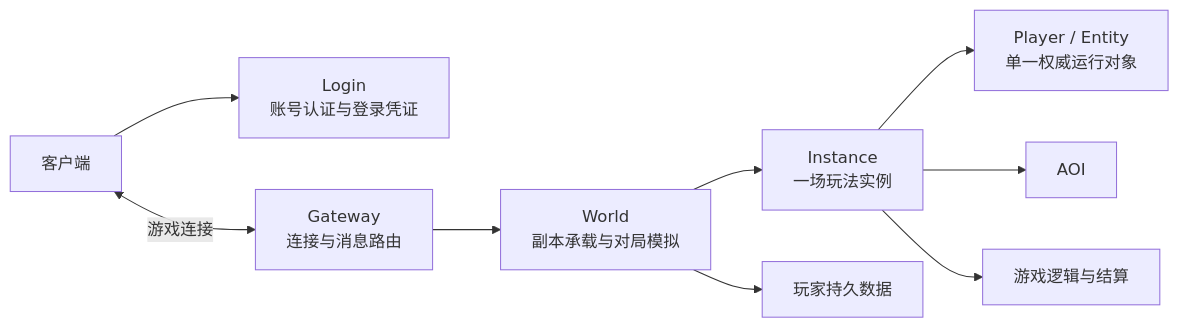
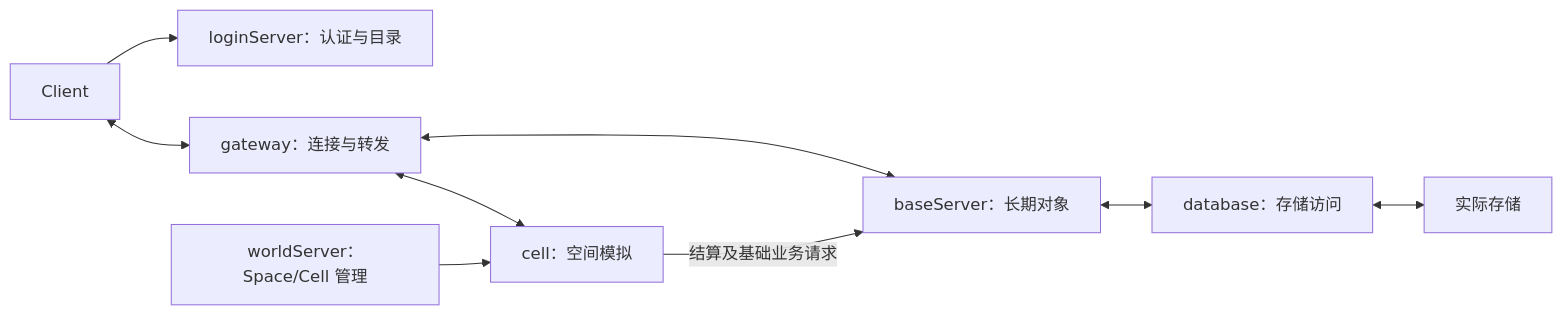
Before and after one commit to cuihairu/apollo: the diagram in docs/guide/architecture.md, drawn with Mermaid. The commit also changed other lines of this file and 86 other files, not shown here.

````diff
--- a/docs/guide/architecture.md
+++ b/docs/guide/architecture.md
@@ -14,11 +14,11 @@
 ```mermaid
 flowchart LR
-    Client[客户端] --> Login[Login<br/>账号认证与登录凭证]
-    Client <-->|游戏连接| Gateway[Gateway<br/>连接与消息路由]
-    Gateway --> World[World<br/>副本承载与对局模拟]
-    World --> Instance[Instance<br/>一场玩法实例]
-    Instance --> Player[Player / Entity<br/>单一权威运行对象]
-    Instance --> AOI[AOI]
-    Instance --> Battle[游戏逻辑与结算]
-    World --> Store[玩家持久数据]
+    Client --> Login[loginServer：认证与目录]
+    Client <--> Gateway[gateway：连接与转发]
+    Gateway <--> Base[baseServer：长期对象]
+    Gateway <--> Cell[cell：空间模拟]
+    World[worldServer：Space/Cell 管理] --> Cell
+    Cell -->|结算及基础业务请求| Base
+    Base <--> Database[database：存储访问]
+    Database <--> Storage[实际存储]
 ```
````
